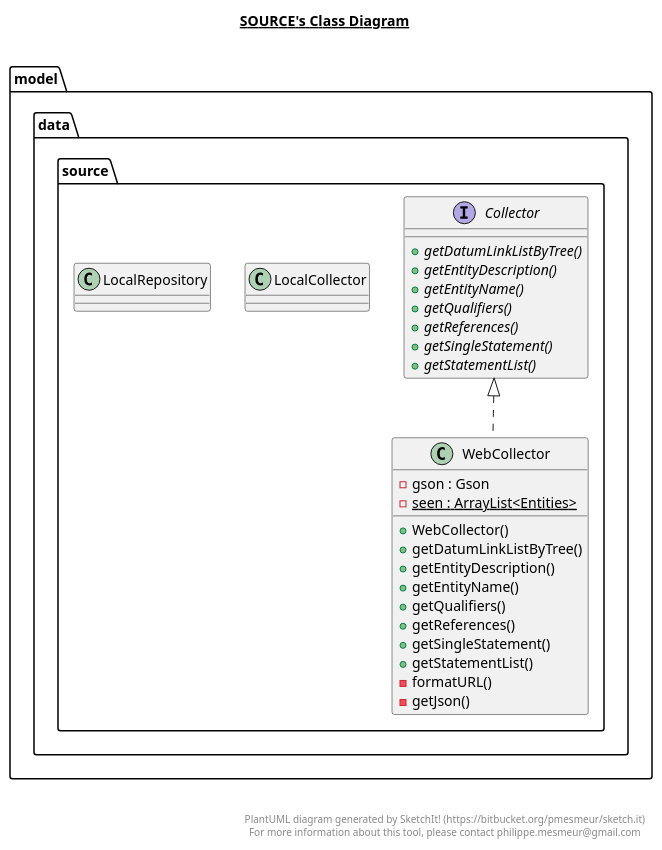
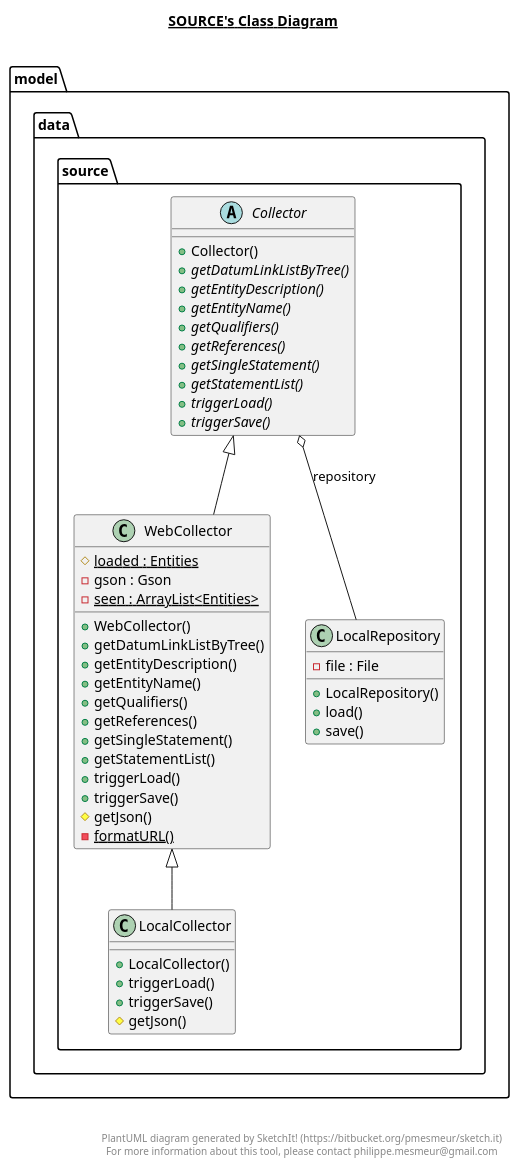
One commit to Bryce-MW/WikidataExplorer changed the diagram in src/main/model/data/source/source.plantuml. Above: the diagram before and after it, drawn with PlantUML. The commit also changed 4 other files, not shown here.

Commit message:
Updated diagrams

```diff
--- a/src/main/model/data/source/source.plantuml
+++ b/src/main/model/data/source/source.plantuml
@@ -1,66 +1,82 @@
 @startuml
 
 title __SOURCE's Class Diagram__\n
 
   namespace model.data {
     namespace source {
-      interface model.data.source.Collector {
+      abstract class model.data.source.Collector {
+          + Collector()
           {abstract} + getDatumLinkListByTree()
           {abstract} + getEntityDescription()
           {abstract} + getEntityName()
           {abstract} + getQualifiers()
           {abstract} + getReferences()
           {abstract} + getSingleStatement()
           {abstract} + getStatementList()
+          {abstract} + triggerLoad()
+          {abstract} + triggerSave()
       }
     }
   }
   
 
   namespace model.data {
     namespace source {
       class model.data.source.LocalCollector {
+          + LocalCollector()
+          + triggerLoad()
+          + triggerSave()
+          # getJson()
       }
     }
   }
   
 
   namespace model.data {
     namespace source {
       class model.data.source.LocalRepository {
+          - file : File
+          + LocalRepository()
+          + load()
+          + save()
       }
     }
   }
   
 
   namespace model.data {
     namespace source {
       class model.data.source.WebCollector {
+          {static} # loaded : Entities
           - gson : Gson
           {static} - seen : ArrayList<Entities>
           + WebCollector()
           + getDatumLinkListByTree()
           + getEntityDescription()
           + getEntityName()
           + getQualifiers()
           + getReferences()
           + getSingleStatement()
           + getStatementList()
-          - formatURL()
-          - getJson()
+          + triggerLoad()
+          + triggerSave()
+          # getJson()
+          {static} - formatURL()
       }
     }
   }
   
 
-  model.data.source.WebCollector .up.|> model.data.source.Collector
+  model.data.source.Collector o-- model.data.source.LocalRepository : repository
+  model.data.source.LocalCollector -up-|> model.data.source.WebCollector
+  model.data.source.WebCollector -up-|> model.data.source.Collector
 
 
 right footer
 
 
 PlantUML diagram generated by SketchIt! (https://bitbucket.org/pmesmeur/sketch.it)
 For more information about this tool, please contact philippe.mesmeur@gmail.com
 endfooter
 
 @enduml
```
